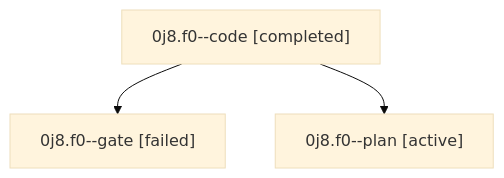
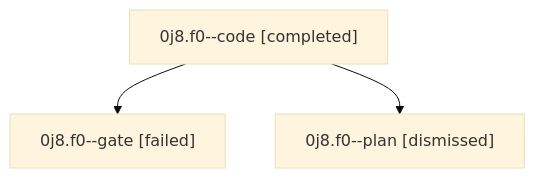
Before and after one commit to sase-org/sase--agents: the diagram in sessions/bbugyi200.athena.0j8.f0.md, drawn with Mermaid (base theme). The commit also changed other lines of this file and 50 other files, not shown here.

````diff
--- a/sessions/bbugyi200.athena.0j8.f0.md
+++ b/sessions/bbugyi200.athena.0j8.f0.md
@@ -9,8 +9,8 @@
 ```mermaid
 flowchart TD
   n0["0j8.f0--code [completed]"]
   n1["0j8.f0--gate [failed]"]
   n0 --> n1
-  n2["0j8.f0--plan [active]"]
+  n2["0j8.f0--plan [dismissed]"]
   n0 --> n2
 ```
````
